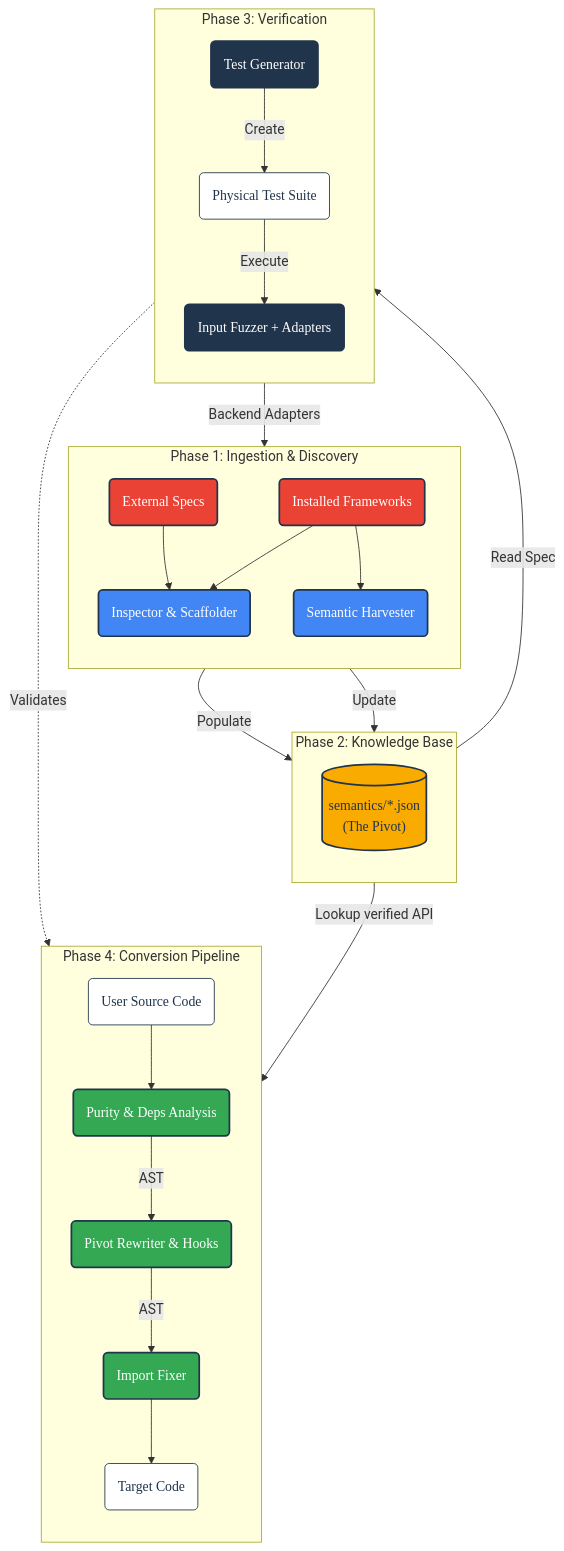
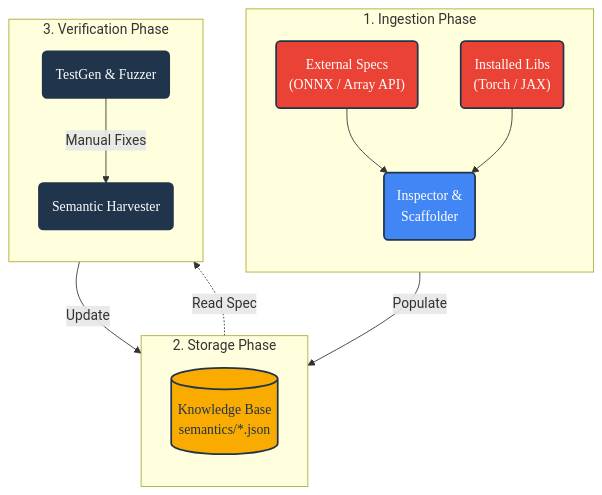
The first of 2 diagrams in ARCHITECTURE.md (SamuelMarks/ml-switcheroo), drawn with Mermaid before and after one commit. The commit also changed other lines of this file and 101 other files, not shown here.

````diff
--- a/ARCHITECTURE.md
+++ b/ARCHITECTURE.md
@@ -12,65 +24,40 @@
 ```mermaid
 graph TD
     %% --- STYLE DEFINITIONS ---
+    classDef default font-family:'Google Sans Normal',color:#20344b,stroke:#20344b;
     classDef input fill:#ea4335,stroke:#20344b,stroke-width:2px,color:#ffffff,font-family:'Google Sans Medium',rx:5px;
     classDef build fill:#4285f4,stroke:#20344b,stroke-width:2px,color:#ffffff,font-family:'Google Sans Medium',rx:5px;
-    classDef store fill:#f9ab00,stroke:#20344b,stroke-width:2px,color:#20344b,font-family:'Google Sans Medium',rx:5px;
+    classDef store fill:#f9ab00,stroke:#20344b,stroke-width:2px,color:#20344b,font-family:'Google Sans Medium',rx:0px;
     classDef verify fill:#20344b,stroke:#20344b,stroke-width:2px,color:#ffffff,font-family:'Google Sans Medium',rx:5px;
-    classDef convert fill:#34a853,stroke:#20344b,stroke-width:2px,color:#ffffff,font-family:'Google Sans Medium',rx:5px;
-    classDef artifact fill:#ffffff,stroke:#20344b,stroke-width:1px,color:#20344b,font-family:'Roboto Mono Normal',rx:5px;
 
-    %% --- 1. INGESTION ---
-    subgraph S1 [Phase 1: Ingestion & Discovery]
+    %% --- PHASE 1: DISCOVERY ---
+    subgraph P1 [1. Ingestion Phase]
         direction TB
-        Standards(External Specs):::input
-        Libs(Installed Frameworks):::input
-        Builder(Inspector & Scaffolder):::build
-        Harvester(Semantic Harvester):::build
+        STANDARDS("External Specs<br/>(ONNX / Array API)"):::input
+        LIBS("Installed Libs<br/>(Torch / JAX)"):::input
         
-        Standards --> Builder
-        Libs --> Builder
-        Libs --> Harvester
+        INSPECTOR("Inspector &<br/>Scaffolder"):::build
+        
+        STANDARDS --> INSPECTOR
+        LIBS --> INSPECTOR
     end
 
-    %% --- 2. STORAGE ---
-    subgraph S2 [Phase 2: Knowledge Base]
+    %% --- PHASE 2: STORAGE ---
+    subgraph P2 [2. Storage Phase]
         direction TB
-        JSON[("semantics/*.json<br/>(The Pivot)")] 
+        JSON[("Knowledge Base<br/>semantics/*.json")]:::store
     end
-    class JSON store
     
-    Builder --> |Populate| JSON
-    Harvester --> |Update| JSON
+    INSPECTOR -->|"Populate"| JSON
 
-    %% --- 3. VERIFICATION ---
-    subgraph S3 [Phase 3: Verification]
+    %% --- PHASE 3: VERIFICATION ---
+    subgraph P3 [3. Verification Phase]
         direction TB
-        TestGen(Test Generator):::verify
-        Suite(Physical Test Suite):::artifact
-        Fuzzer(Input Fuzzer + Adapters):::verify
+        TESTER("TestGen & Fuzzer"):::verify
+        HARVEST("Semantic Harvester"):::verify
         
-        JSON --> |Read Spec| TestGen
-        TestGen --> |Create| Suite
-        Suite --> |Execute| Fuzzer
-        Fuzzer --> |Backend Adapters| Libs
+        JSON -.->|"Read Spec"| TESTER
+        TESTER --"Manual Fixes"--> HARVEST
+        HARVEST -->|"Update"| JSON
     end
-
-    %% --- 4. CONVERSION ---
-    subgraph S4 [Phase 4: Conversion Pipeline]
-        direction TB
-        UserCode(User Source Code):::artifact
-        Analyzer(Purity & Deps Analysis):::convert
-        Rewriter(Pivot Rewriter & Hooks):::convert
-        Fixer(Import Fixer):::convert
-        Output(Target Code):::artifact
-        
-        UserCode --> Analyzer
-        Analyzer --> |AST| Rewriter
-        Rewriter --> |AST| Fixer
-        Fixer --> Output
-    end
-
-    %% Cross-Phase Links
-    JSON --> |Lookup verified API| Rewriter
-    Fuzzer -.-> |Validates| Rewriter
 ```
````
